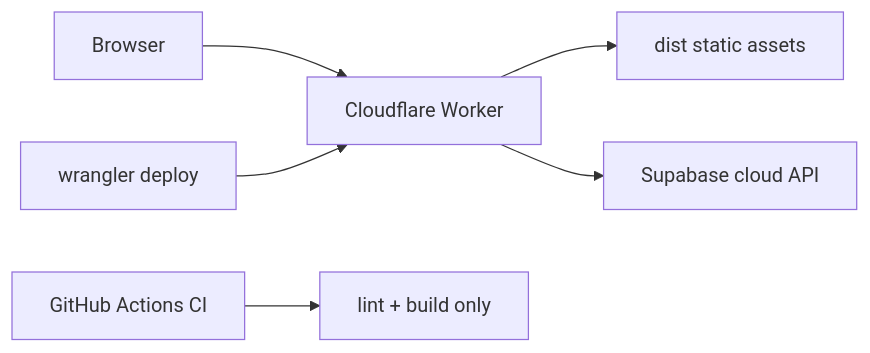
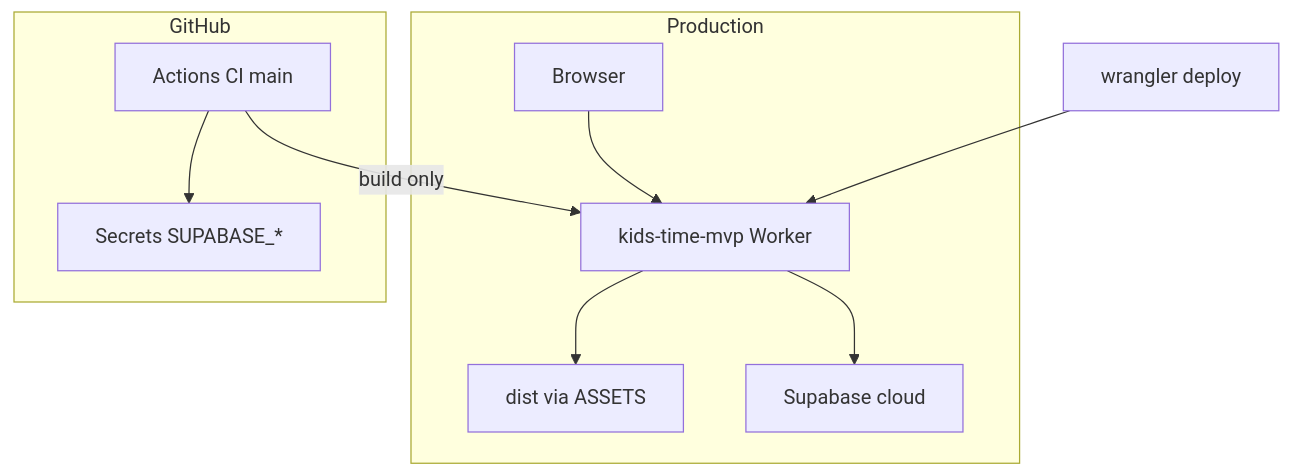
The diagram in context/deployment/deploy-plan.md (ghMichal/kids-time), drawn with Mermaid before and after one commit. The commit also changed other lines of this file, not shown here.

Commit message:
docs: revise deployment plan for Cloudflare + Supabase auth

````diff
--- a/context/deployment/deploy-plan.md
+++ b/context/deployment/deploy-plan.md
@@ -54,8 +45,19 @@
 ```mermaid
-flowchart LR
-  User[Browser] --> CFWorker[Cloudflare Worker]
-  CFWorker --> Assets[dist static assets]
-  CFWorker --> Supabase[Supabase cloud API]
-  GHActions[GitHub Actions CI] --> BuildOnly[lint + build only]
-  WranglerCLI[wrangler deploy] --> CFWorker
+flowchart TB
+  subgraph prod [Production]
+    User[Browser]
+    Worker[kids-time-mvp Worker]
+    Assets[dist via ASSETS]
+    SupabaseCloud[Supabase cloud]
+  end
+  subgraph cicd [GitHub]
+    GHA[Actions CI main]
+    SecretsGH[Secrets SUPABASE_*]
+  end
+  User --> Worker
+  Worker --> Assets
+  Worker --> SupabaseCloud
+  GHA --> SecretsGH
+  GHA -->|build only| Worker
+  WranglerCLI[wrangler deploy] --> Worker
 ```
````
